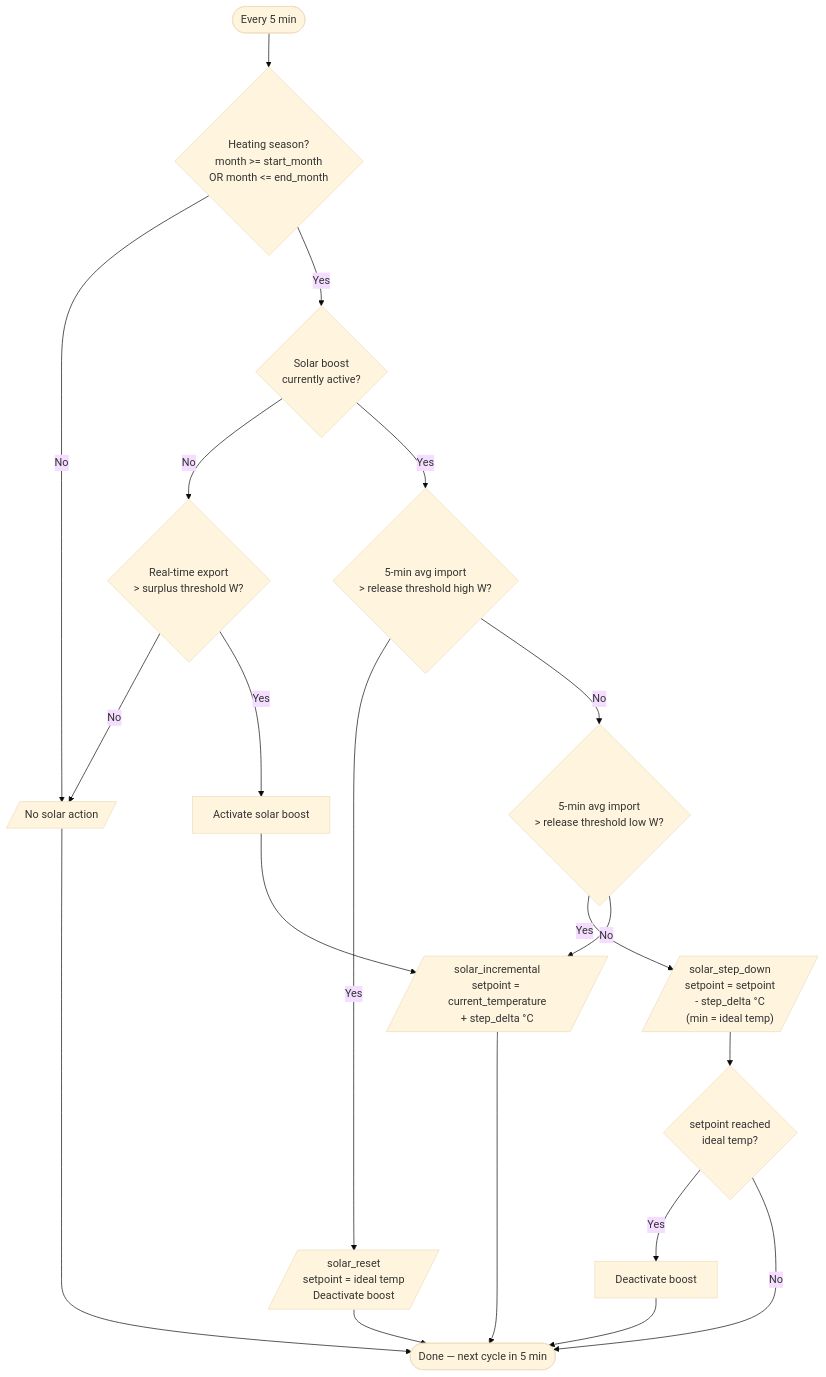
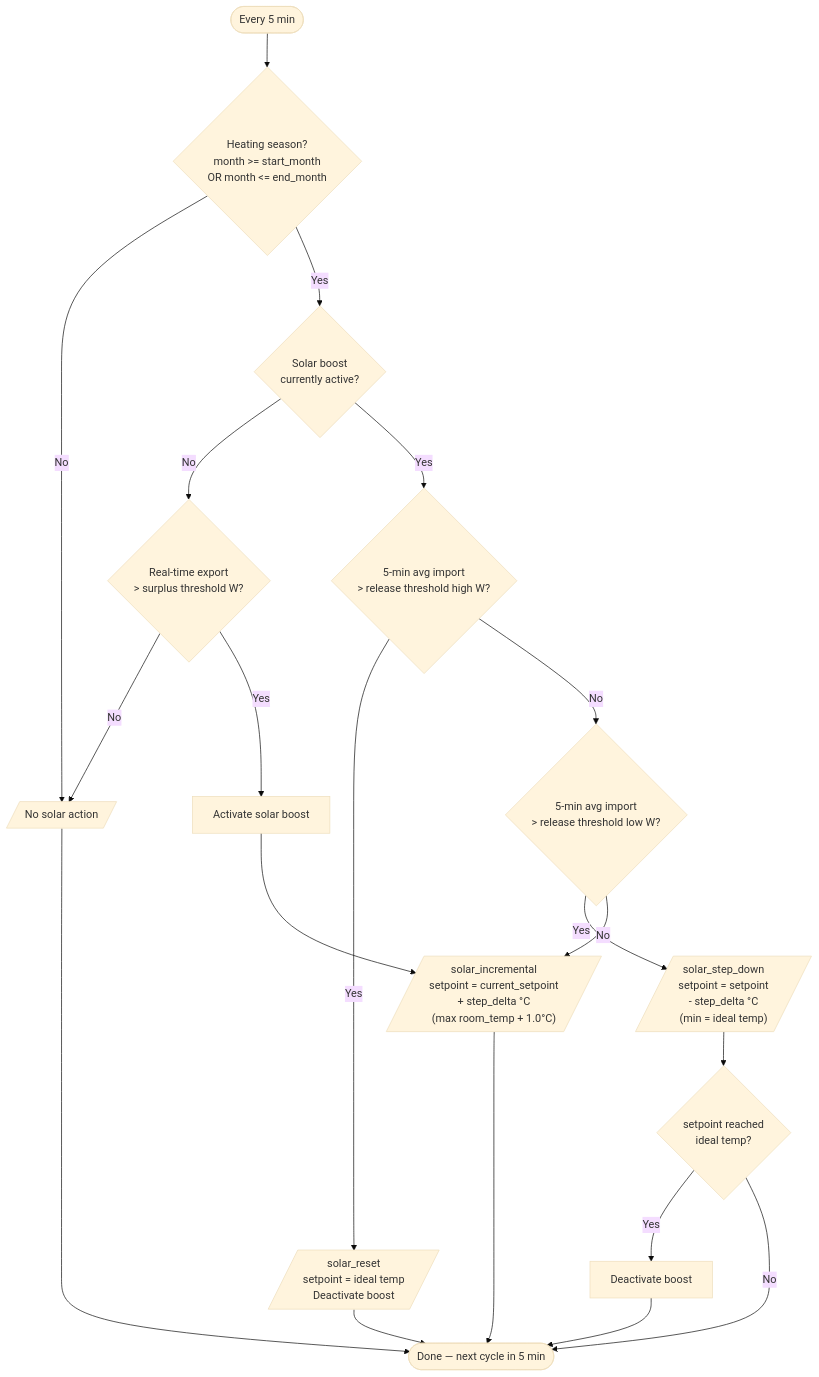
One commit to antongitnow/ha-smart-heatpump changed the diagram in README.md. Above: the diagram before and after it, drawn with Mermaid (base theme). The commit also changed other lines of this file and 3 other files, not shown here.

First line of the commit message:
Solar boost: step up from setpoint each cycle, cap at +1.0°C above room temp (v4.1.0)

````diff
--- a/README.md
+++ b/README.md
@@ -19,44 +19,44 @@
 ```mermaid
 flowchart TD
     START([Every 5 min]) --> SEASON
 
     SEASON{"Heating season?<br/>month >= start_month<br/>OR month <= end_month"}
     SEASON -- No --> DONE_SKIP[/No solar action/]
     SEASON -- Yes --> BOOST_ACTIVE
 
     BOOST_ACTIVE{Solar boost<br/>currently active?}
     BOOST_ACTIVE -- No --> EXPORT
     BOOST_ACTIVE -- Yes --> HIGH_IMPORT
 
     EXPORT{"Real-time export<br/>> surplus threshold W?"}
     EXPORT -- No --> DONE_SKIP
     EXPORT -- Yes --> ACTIVATE
 
     ACTIVATE[Activate solar boost] --> SOLAR_ON
 
     HIGH_IMPORT{"5-min avg import<br/>> release threshold high W?"}
     HIGH_IMPORT -- Yes --> RESET_NOW
 
     HIGH_IMPORT -- No --> MID_IMPORT
 
     MID_IMPORT{"5-min avg import<br/>> release threshold low W?"}
     MID_IMPORT -- Yes --> STEP_DOWN
     MID_IMPORT -- No --> SOLAR_ON
 
-    SOLAR_ON[/"solar_incremental<br/>setpoint = current_temperature<br/>+ step_delta °C"/]
+    SOLAR_ON[/"solar_incremental<br/>setpoint = current_setpoint<br/>+ step_delta °C<br/>(max room_temp + 1.0°C)"/]
 
     STEP_DOWN[/"solar_step_down<br/>setpoint = setpoint<br/>- step_delta °C<br/>(min = ideal temp)"/]
 
     RESET_NOW[/"solar_reset<br/>setpoint = ideal temp<br/>Deactivate boost"/]
 
     SOLAR_ON --> DONE
     STEP_DOWN --> DEACT_CHECK
     RESET_NOW --> DONE
     DONE_SKIP --> DONE
 
     DEACT_CHECK{"setpoint reached<br/>ideal temp?"}
     DEACT_CHECK -- Yes --> DEACTIVATE[Deactivate boost] --> DONE
     DEACT_CHECK -- No --> DONE
 
     DONE([Done — next cycle in 5 min])
 ```
````
